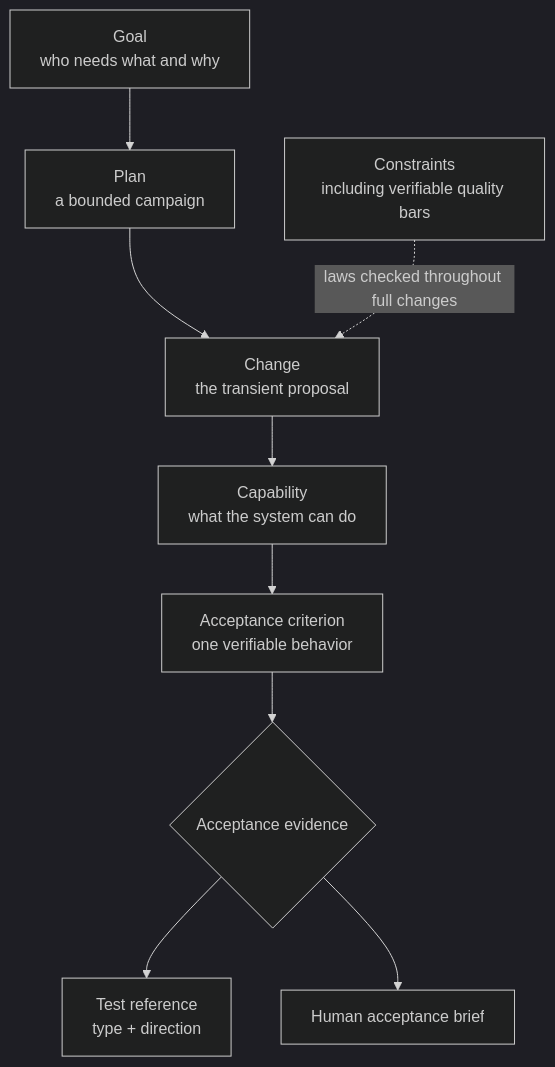
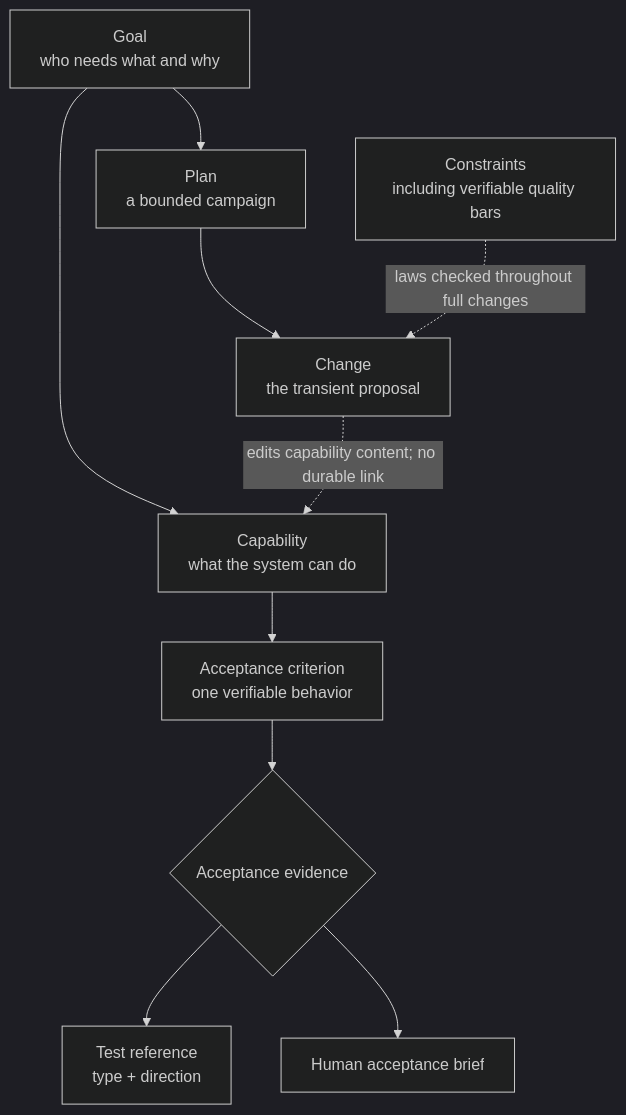
Before and after one commit to cliewen/cliewen: the diagram in guide/methodology.md, drawn with Mermaid (dark theme). The commit also changed other lines of this file, not shown here.

````diff
--- a/guide/methodology.md
+++ b/guide/methodology.md
@@ -5,11 +5,12 @@
 ```mermaid
 flowchart TD
     G[Goal<br/>who needs what and why] --> P[Plan<br/>a bounded campaign]
     P --> CH[Change<br/>the transient proposal]
-    CH --> CAP[Capability<br/>what the system can do]
+    G --> CAP[Capability<br/>what the system can do]
     CAP --> AC[Acceptance criterion<br/>one verifiable behavior]
     AC --> E{Acceptance evidence}
     E --> T[Test reference<br/>type + direction]
     E --> H[Human acceptance brief]
     C[Constraints<br/>including verifiable quality bars] -. laws checked throughout full changes .-> CH
+    CH -. edits capability content; no durable link .-> CAP
 ```
````
